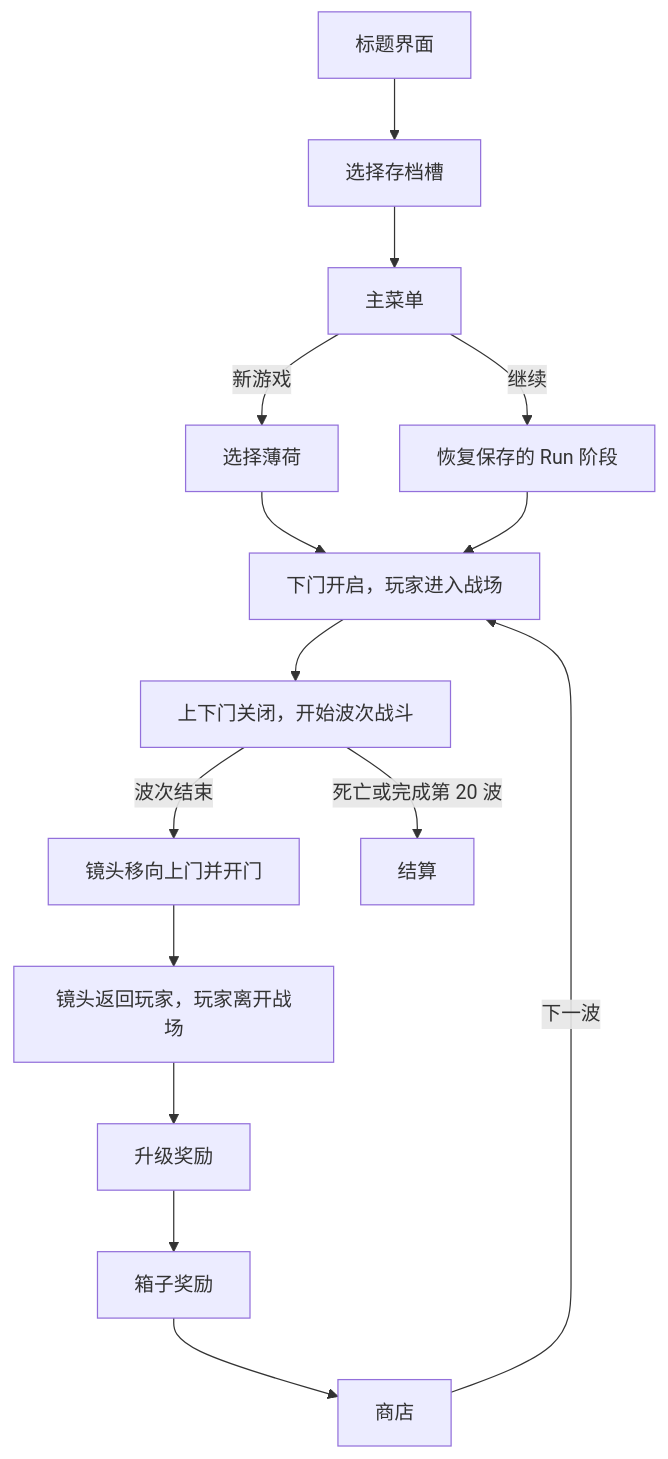
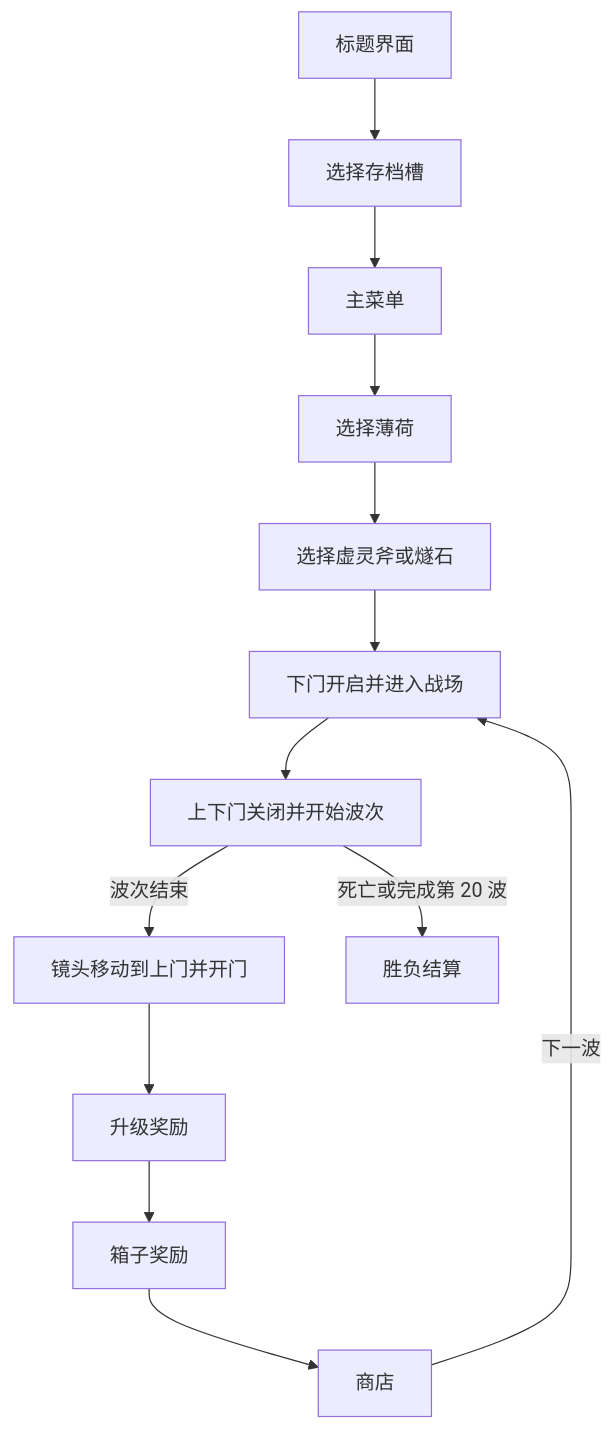
One commit to Kaslana-423/Potato changed the diagram in README.md. Above: the diagram before and after it, drawn with Mermaid. The commit also changed other lines of this file and 10 other files, not shown here.

````diff
--- a/README.md
+++ b/README.md
@@ -31,17 +25,15 @@
 ```mermaid
 flowchart TD
     A[标题界面] --> B[选择存档槽]
     B --> C[主菜单]
-    C -->|新游戏| D[选择薄荷]
-    C -->|继续| E[恢复保存的 Run 阶段]
-    D --> F[下门开启，玩家进入战场]
-    E --> F
-    F --> G[上下门关闭，开始波次战斗]
-    G -->|波次结束| H[镜头移向上门并开门]
-    H --> I[镜头返回玩家，玩家离开战场]
-    I --> J[升级奖励]
-    J --> K[箱子奖励]
-    K --> L[商店]
-    L -->|下一波| F
-    G -->|死亡或完成第 20 波| M[结算]
+    C --> D[选择薄荷]
+    D --> E[选择虚灵斧或燧石]
+    E --> F[下门开启并进入战场]
+    F --> G[上下门关闭并开始波次]
+    G -->|波次结束| H[镜头移动到上门并开门]
+    H --> I[升级奖励]
+    I --> J[箱子奖励]
+    J --> K[商店]
+    K -->|下一波| F
+    G -->|死亡或完成第 20 波| L[胜负结算]
 ```
````
